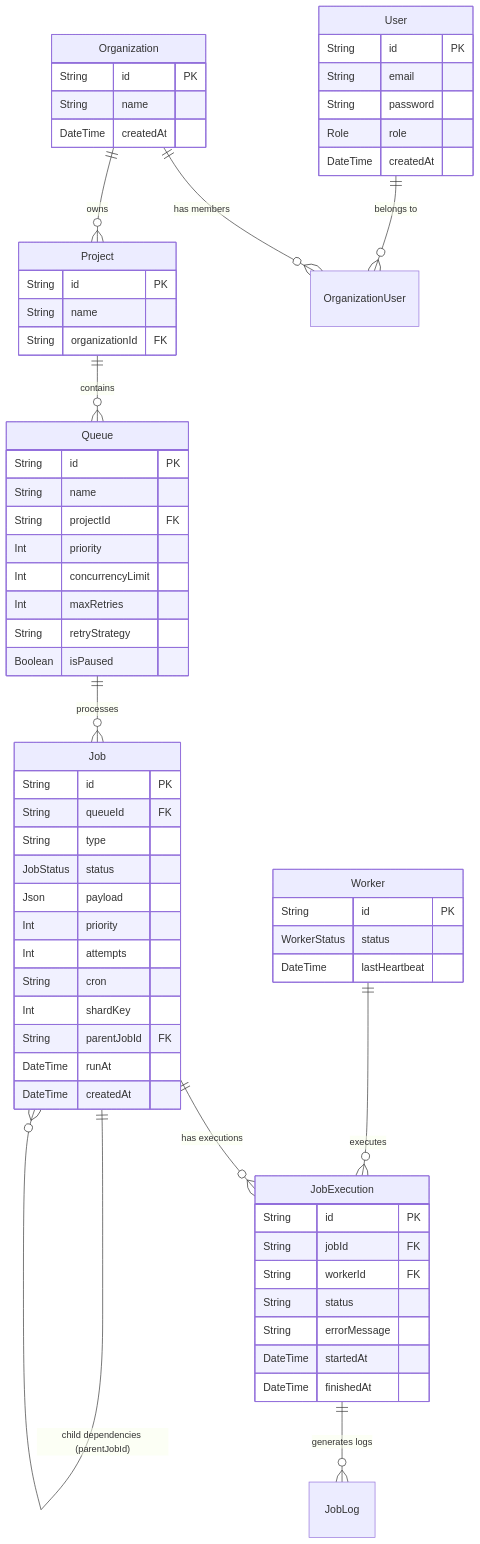
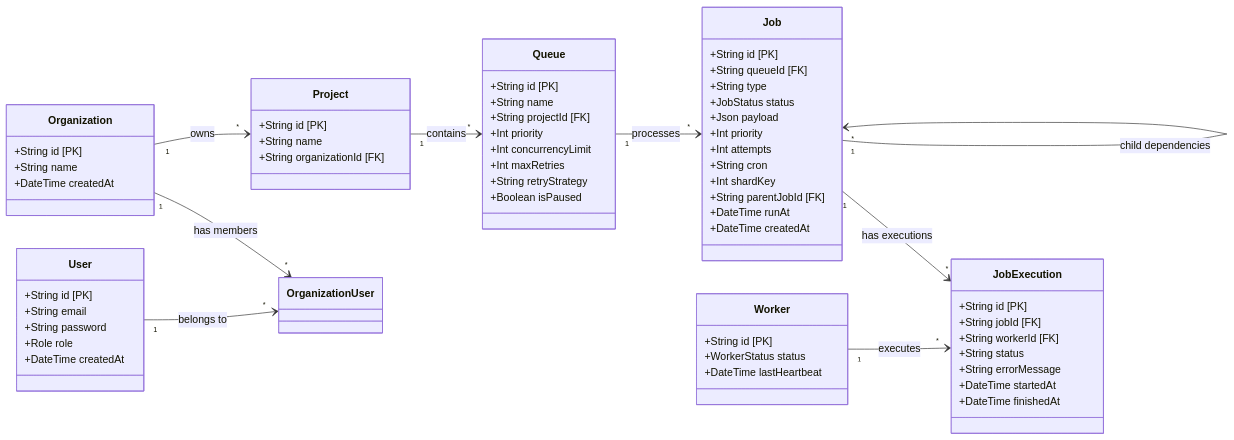
The diagram in docs/ER_DIAGRAM.md (AshritaPandey/Codity-Assessment), drawn with Mermaid before and after one commit. The commit also changed 3 other files, not shown here.

Commit message:
docs: update diagrams to horizontal layout

````diff
--- a/docs/ER_DIAGRAM.md
+++ b/docs/ER_DIAGRAM.md
@@ -5,74 +5,75 @@
 ```mermaid
-erDiagram
-    User ||--o{ OrganizationUser : "belongs to"
-    Organization ||--o{ OrganizationUser : "has members"
-    Organization ||--o{ Project : "owns"
-    Project ||--o{ Queue : "contains"
-    Queue ||--o{ Job : "processes"
-    Job ||--o{ JobExecution : "has executions"
-    JobExecution ||--o{ JobLog : "generates logs"
-    Job ||--o{ Job : "child dependencies (parentJobId)"
-    Worker ||--o{ JobExecution : "executes"
+classDiagram
+    direction LR
+    
+    User "1" --> "*" OrganizationUser : belongs to
+    Organization "1" --> "*" OrganizationUser : has members
+    Organization "1" --> "*" Project : owns
+    Project "1" --> "*" Queue : contains
+    Queue "1" --> "*" Job : processes
+    Job "1" --> "*" JobExecution : has executions
+    Job "1" --> "*" Job : child dependencies
+    Worker "1" --> "*" JobExecution : executes
 
-    User {
-        String id PK
-        String email
-        String password
-        Role role
-        DateTime createdAt
+    class User {
+        +String id [PK]
+        +String email
+        +String password
+        +Role role
+        +DateTime createdAt
     }
 
-    Organization {
-        String id PK
-        String name
-        DateTime createdAt
+    class Organization {
+        +String id [PK]
+        +String name
+        +DateTime createdAt
     }
 
-    Project {
-        String id PK
-        String name
-        String organizationId FK
+    class Project {
+        +String id [PK]
+        +String name
+        +String organizationId [FK]
     }
 
-    Queue {
-        String id PK
-        String name
-        String projectId FK
-        Int priority
-        Int concurrencyLimit
-        Int maxRetries
-        String retryStrategy
-        Boolean isPaused
+    class Queue {
+        +String id [PK]
+        +String name
+        +String projectId [FK]
+        +Int priority
+        +Int concurrencyLimit
+        +Int maxRetries
+        +String retryStrategy
+        +Boolean isPaused
     }
 
-    Job {
-        String id PK
-        String queueId FK
-        String type
-        JobStatus status
-        Json payload
-        Int priority
-        Int attempts
-        String cron
-        Int shardKey
-        String parentJobId FK
-        DateTime runAt
-        DateTime createdAt
+    class Job {
+        +String id [PK]
+        +String queueId [FK]
+        +String type
+        +JobStatus status
+        +Json payload
+        +Int priority
+        +Int attempts
+        +String cron
+        +Int shardKey
+        +String parentJobId [FK]
+        +DateTime runAt
+        +DateTime createdAt
     }
 
-    JobExecution {
-        String id PK
-        String jobId FK
-        String workerId FK
-        String status
-        String errorMessage
-        DateTime startedAt
-        DateTime finishedAt
+    class JobExecution {
+        +String id [PK]
+        +String jobId [FK]
+        +String workerId [FK]
+        +String status
+        +String errorMessage
+        +DateTime startedAt
+        +DateTime finishedAt
     }
 
-    Worker {
-        String id PK
-        WorkerStatus status
-        DateTime lastHeartbeat
+    class Worker {
+        +String id [PK]
+        +WorkerStatus status
+        +DateTime lastHeartbeat
     }
 ```
````
